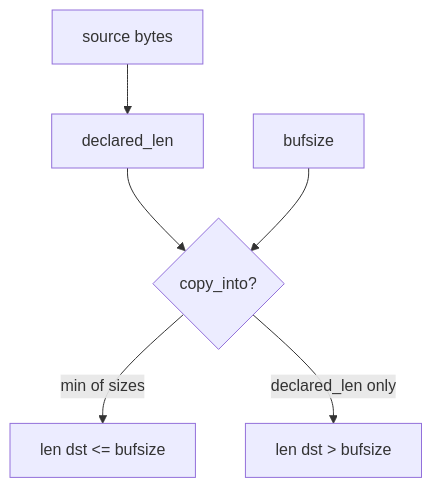
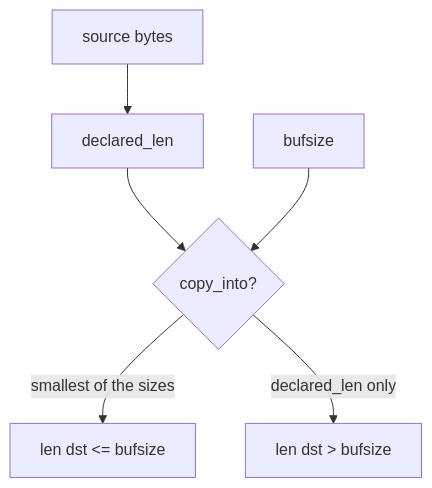
One commit to ishitvagoel/LearnSecurity changed the first of 2 diagrams in content/modules/e/E4/lessons/01-property.md. Above: the diagram before and after it, drawn with Mermaid. The commit also changed other lines of this file and 55 other files, not shown here.

````diff
--- a/content/modules/e/E4/lessons/01-property.md
+++ b/content/modules/e/E4/lessons/01-property.md
@@ -19,8 +18,8 @@
 ```mermaid
 flowchart TD
   Src[source bytes] --> Decl[declared_len]
   Decl --> Gate{"copy_into?"}
   Buf[bufsize] --> Gate
-  Gate -->|min of sizes| Ok["len dst <= bufsize"]
+  Gate -->|smallest of the sizes| Ok["len dst <= bufsize"]
   Gate -->|declared_len only| Bad["len dst > bufsize"]
 ```
````
